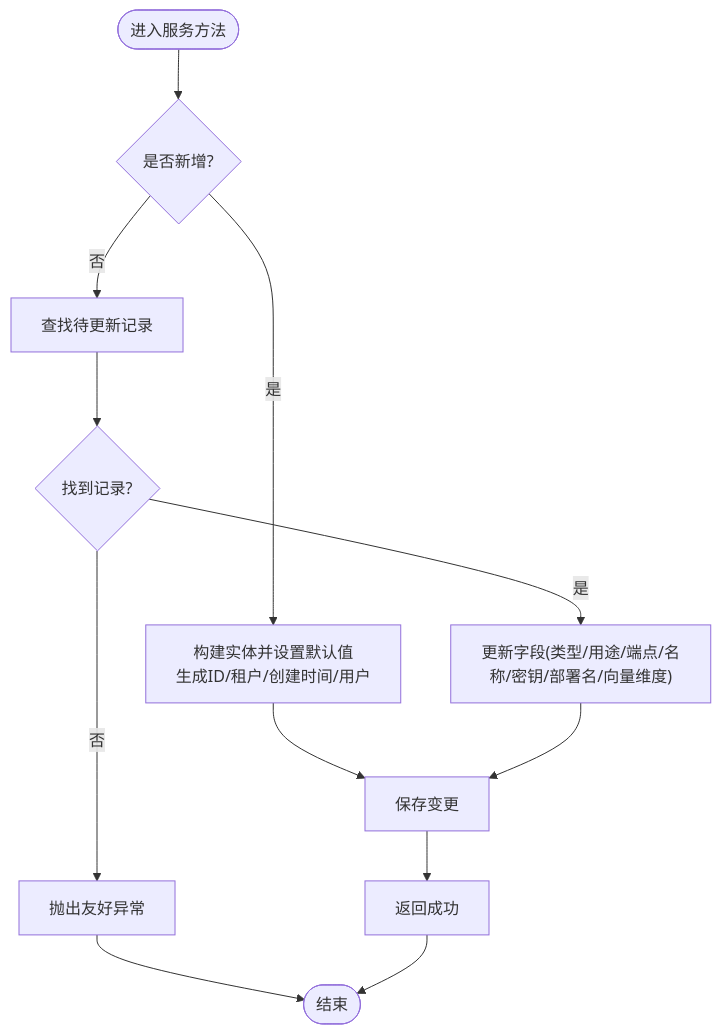
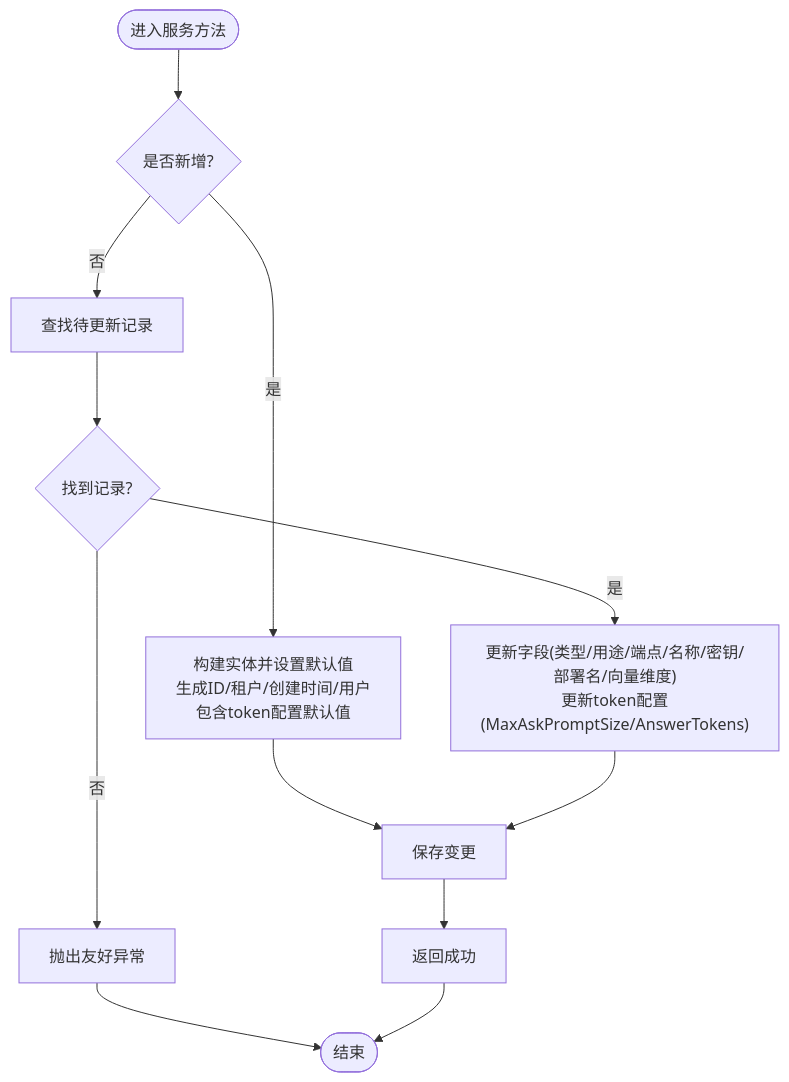
The fourth of 7 diagrams in .qoder/repowiki/zh/content/AI智能体/模型管理.md (junkai-li/NetCoreKevin), drawn with Mermaid before and after one commit. The commit also changed other lines of this file and 41 other files, not shown here.

````diff
--- a/.qoder/repowiki/zh/content/AI智能体/模型管理.md
+++ b/.qoder/repowiki/zh/content/AI智能体/模型管理.md
@@ -174,14 +194,14 @@
 ```mermaid
 flowchart TD
 Start(["进入服务方法"]) --> CheckId{"是否新增?"}
-CheckId --> |是| BuildAdd["构建实体并设置默认值<br/>生成ID/租户/创建时间/用户"]
+CheckId --> |是| BuildAdd["构建实体并设置默认值<br/>生成ID/租户/创建时间/用户<br/>包含token配置默认值"]
 CheckId --> |否| FindUpdate["查找待更新记录"]
 FindUpdate --> Found{"找到记录?"}
 Found --> |否| ThrowErr["抛出友好异常"]
-Found --> |是| UpdateFields["更新字段(类型/用途/端点/名称/密钥/部署名/向量维度)"]
+Found --> |是| UpdateFields["更新字段(类型/用途/端点/名称/密钥/部署名/向量维度)<br/>更新token配置(MaxAskPromptSize/AnswerTokens)"]
 BuildAdd --> Save["保存变更"]
 UpdateFields --> Save
 Save --> ReturnOK["返回成功"]
 ThrowErr --> End(["结束"])
 ReturnOK --> End
 ```
````
